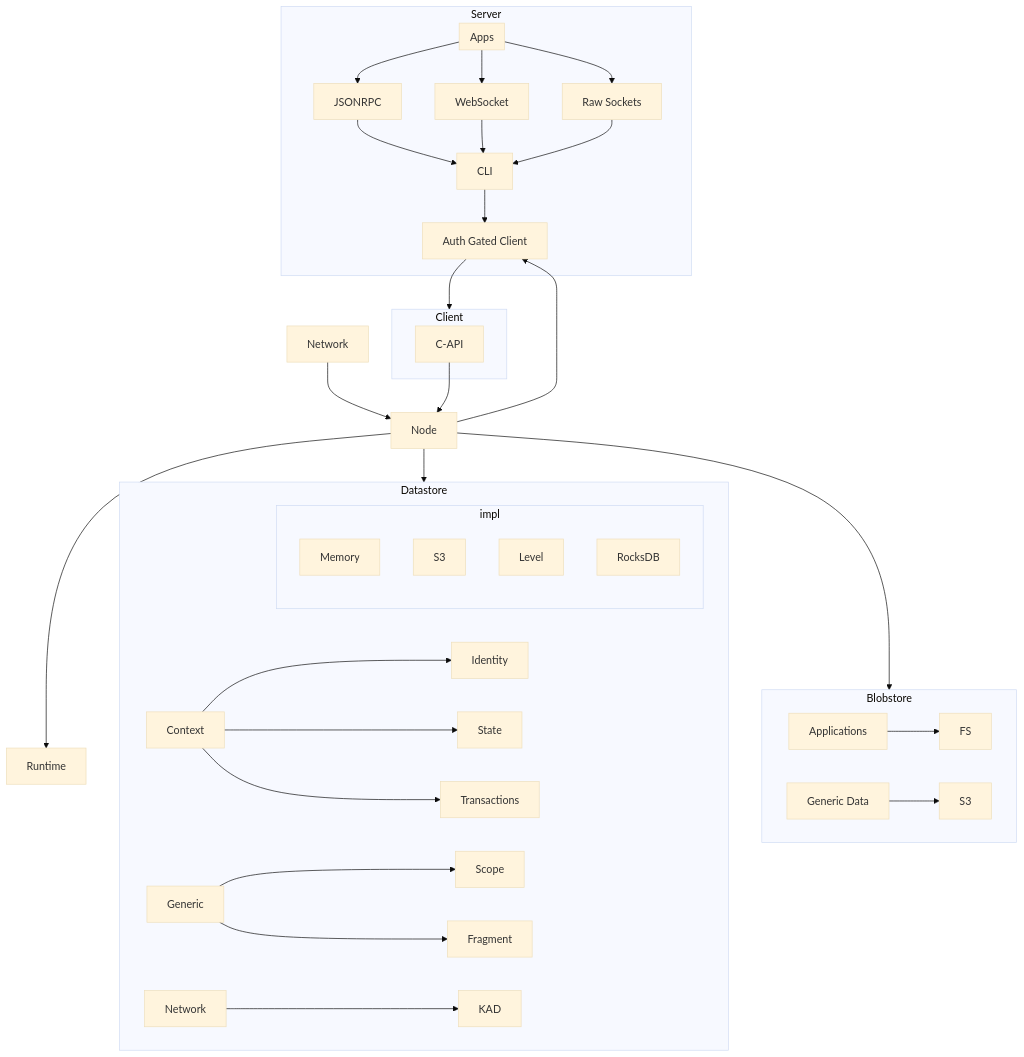
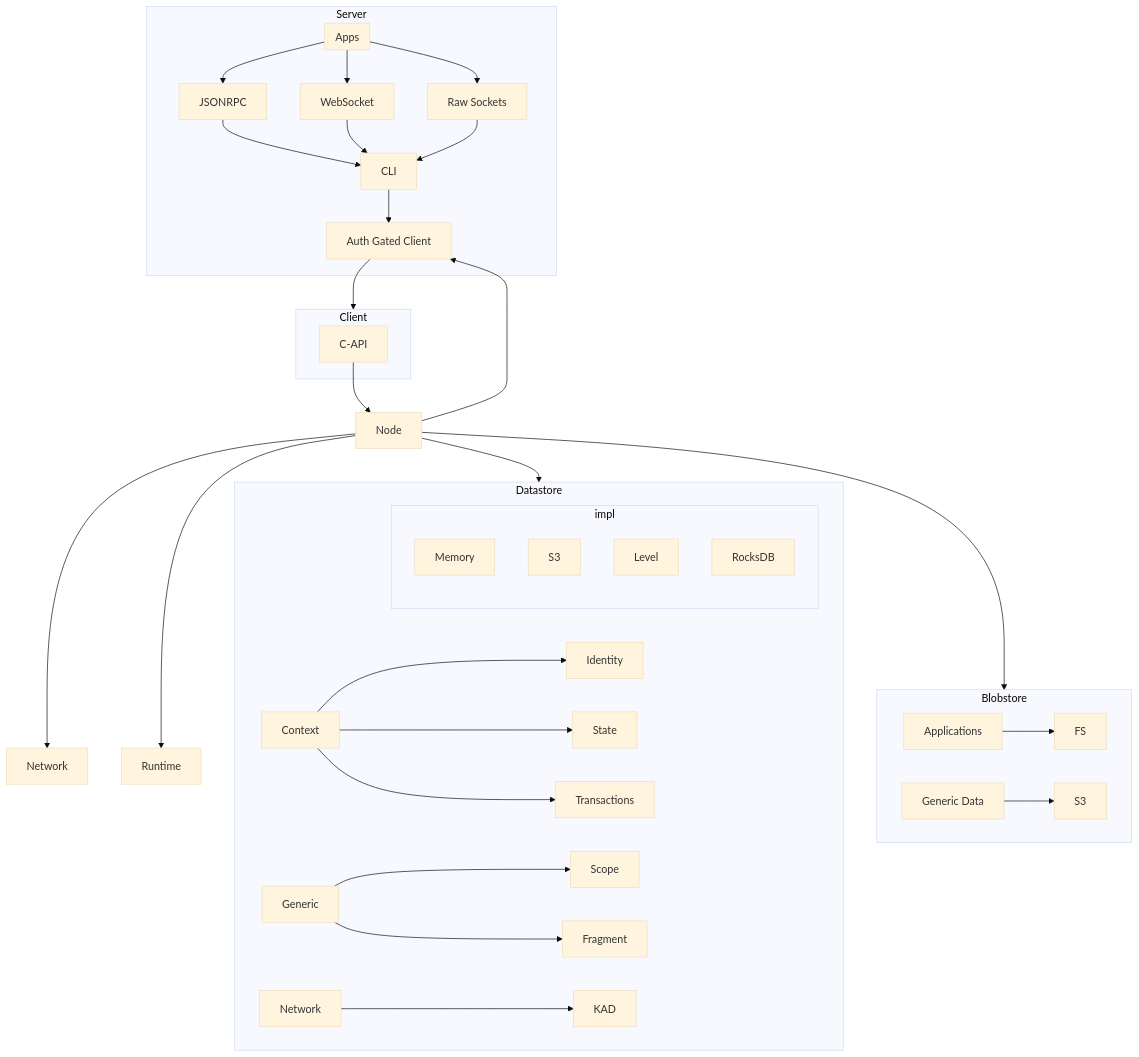
The diagram in README.mdx (calimero-network/core), drawn with Mermaid (base theme) before and after one commit.

Commit message:
fix: change arrow direction

````diff
--- a/README.mdx
+++ b/README.mdx
@@ -76,62 +76,62 @@
 ```mermaid
 graph TD
     subgraph Datastore
         DS1[Context]
         DS2[Generic]
         DS3[Network]
         DS1 --> DS4[Identity]
         DS1 --> DS5[State]
         DS1 --> DS6[Transactions]
         DS2 --> DS7[Scope]
         DS2 --> DS8[Fragment]
         DS3 --> DS9[KAD]
 
         subgraph impl
           DI1[Memory]
           DI2[S3]
           DI3[Level]
           DI4[RocksDB]
         end
     end
 
     subgraph Blobstore
         BS1[FS]
         BS2[S3]
         BS3[Applications]
         BS4[Generic Data]
         BS3 --> BS1
         BS4 --> BS2
     end
 
-    Network --> Node
+    Node --> Network
 
     subgraph Client
         C1[C-API]
     end
 
     subgraph Server
         S1[Auth Gated Client]
         S2[CLI]
         S3[JSONRPC]
         S4[WebSocket]
         S5[Raw Sockets]
         S2 --> S1
         S3 --> S2
         S4 --> S2
         S5 --> S2
         Apps --> S3
         Apps --> S4
         Apps --> S5
     end
 
     S1 --> Client
     Node --> Runtime[Runtime]
     Node --> Datastore
     Node --> Blobstore
     C1 --> Node
     Node --> S1
 
     subgraph Apps
     end
 
 ```
````
